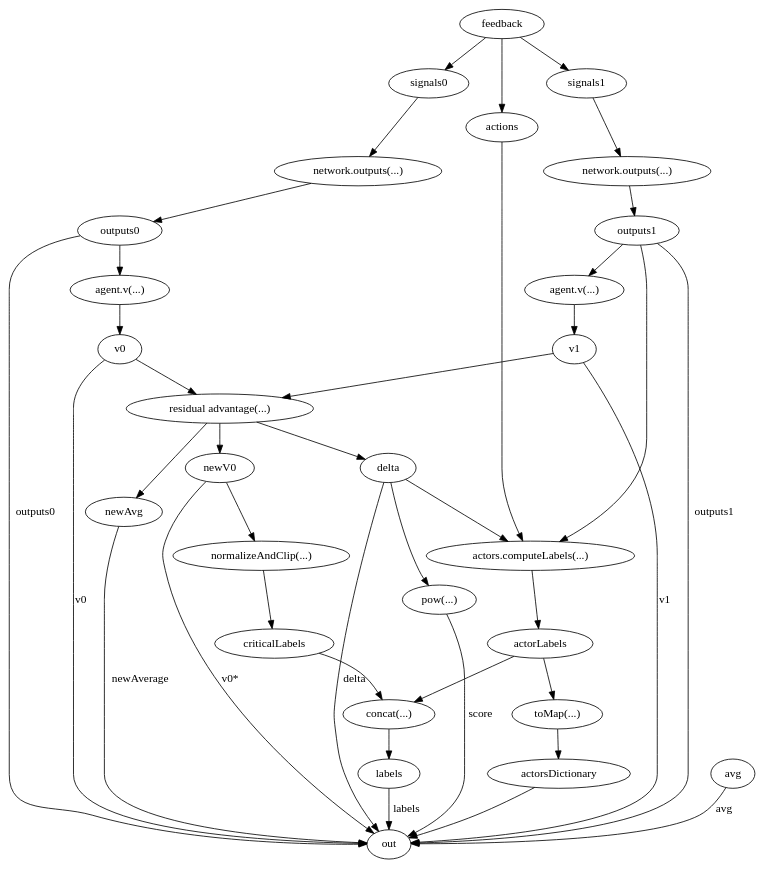
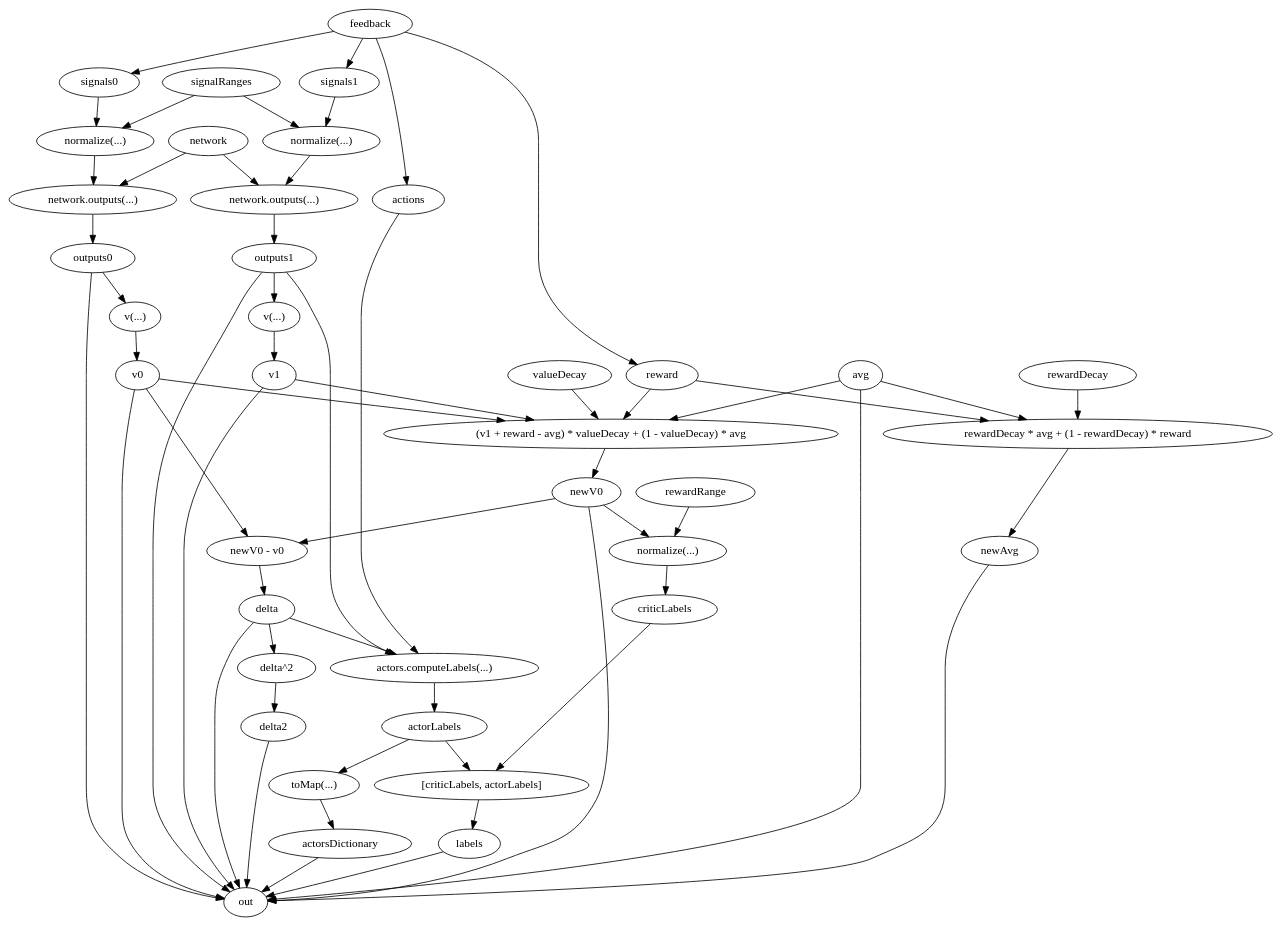
Before and after one commit to m-marini/scalarl: the tenth of 10 diagrams in docs/Charts.md, drawn with Graphviz. The commit also changed other lines of this file and 182 other files, not shown here.

````diff
--- a/docs/Charts.md
+++ b/docs/Charts.md
@@ -63,49 +412,84 @@
 ```dot
 digraph plannerLoop {
-    foutputs0 [label="network.outputs(...)"]
-    foutputs1 [label="network.outputs(...)"]
-    fv0 [label="agent.v(...)"]
-    fv1 [label="agent.v(...)"]
-    ra [label="residual advantage(...)"]
-    normalizeAndClip [label="normalizeAndClip(...)"]
-    computeLabels [label="actors.computeLabels(...)"]
-    concat [label="concat(...)"]
-    toMap [label="toMap(...)"]
-    pow [label="pow(...)"]
-
-    feedback->signals0->foutputs0->outputs0->fv0->v0
-
-    feedback->signals1->foutputs1->outputs1->fv1->v1
-    
+    feedback->signals0
+    feedback->signals1
+    feedback->reward
     feedback->actions
 
-    v0 -> ra
-    v1 -> ra
+    signals0->fs0norm
+    signalRanges->fs0norm
+    fs0norm [label="normalize(...)"]
 
-    ra -> newV0 ->normalizeAndClip -> criticalLabels
-    ra -> delta
-    ra -> newAvg
+    network->foutputs0
+    fs0norm->foutputs0
+    foutputs0->outputs0
+    foutputs0 [label="network.outputs(...)"]
+
+    outputs0->fv0->v0
+    fv0 [label="v(...)"]
+
+    signals1->fs1norm
+    signalRanges->fs1norm
+    fs1norm [label="normalize(...)"]
+
+    network->foutputs1
+    fs1norm->foutputs1
+    foutputs1->outputs1
+    foutputs1 [label="network.outputs(...)"]
+    
+    outputs1->fv1->v1
+    fv1 [label="v(...)"]
+
+    v0->fnewv0
+    v1->fnewv0
+    reward->fnewv0
+    valueDecay->fnewv0
+    avg->fnewv0
+    fnewv0->newV0
+    fnewv0 [label="(v1 + reward - avg) * valueDecay + (1 - valueDecay) * avg"]
+
+    newV0->fdelta
+    v0->fdelta
+    fdelta->delta
+    fdelta [label="newV0 - v0"]
+
+    avg->fnewAvg
+    reward->fnewAvg
+    rewardDecay->fnewAvg
+    fnewAvg->newAvg
+    fnewAvg [label="rewardDecay * avg + (1 - rewardDecay) * reward"]
+
+    newV0 ->normalizeAndClip
+    rewardRange->normalizeAndClip 
+    normalizeAndClip -> criticLabels
+    normalizeAndClip [label="normalize(...)"]
     
     outputs1 -> computeLabels
     actions-> computeLabels
     delta ->  computeLabels
+    computeLabels -> actorLabels
+    computeLabels [label="actors.computeLabels(...)"]
 
-    computeLabels -> actorLabels -> toMap-> actorsDictionary
+    actorLabels -> toMap-> actorsDictionary
+    toMap [label="toMap(...)"]
 
-    criticalLabels -> concat
+    criticLabels -> concat
     actorLabels -> concat-> labels
+    concat [label="[criticLabels, actorLabels]"]
 
-    labels -> out [label="labels"]
-    v0 -> out [label="v0"]
-    v1 -> out [label="v1"]
-    newV0-> out [label="v0*"]
-    outputs0 -> out [label="outputs0"]
-    outputs1 -> out [label="outputs1"]
-    delta -> out [label="delta"]
-    delta -> pow
-    pow ->out [label="score"]
-    newAvg-> out [label="newAverage"]
-    avg-> out [label="avg"]
+    delta -> pow -> delta2
+    pow [label="delta^2"]
+
+    labels -> out
+    v0 -> out
+    v1 -> out
+    newV0-> out
+    outputs0 -> out
+    outputs1 -> out
+    delta -> out
+    delta2 ->out
+    newAvg-> out
+    avg-> out
     actorsDictionary-> out
 }
 ```
````
